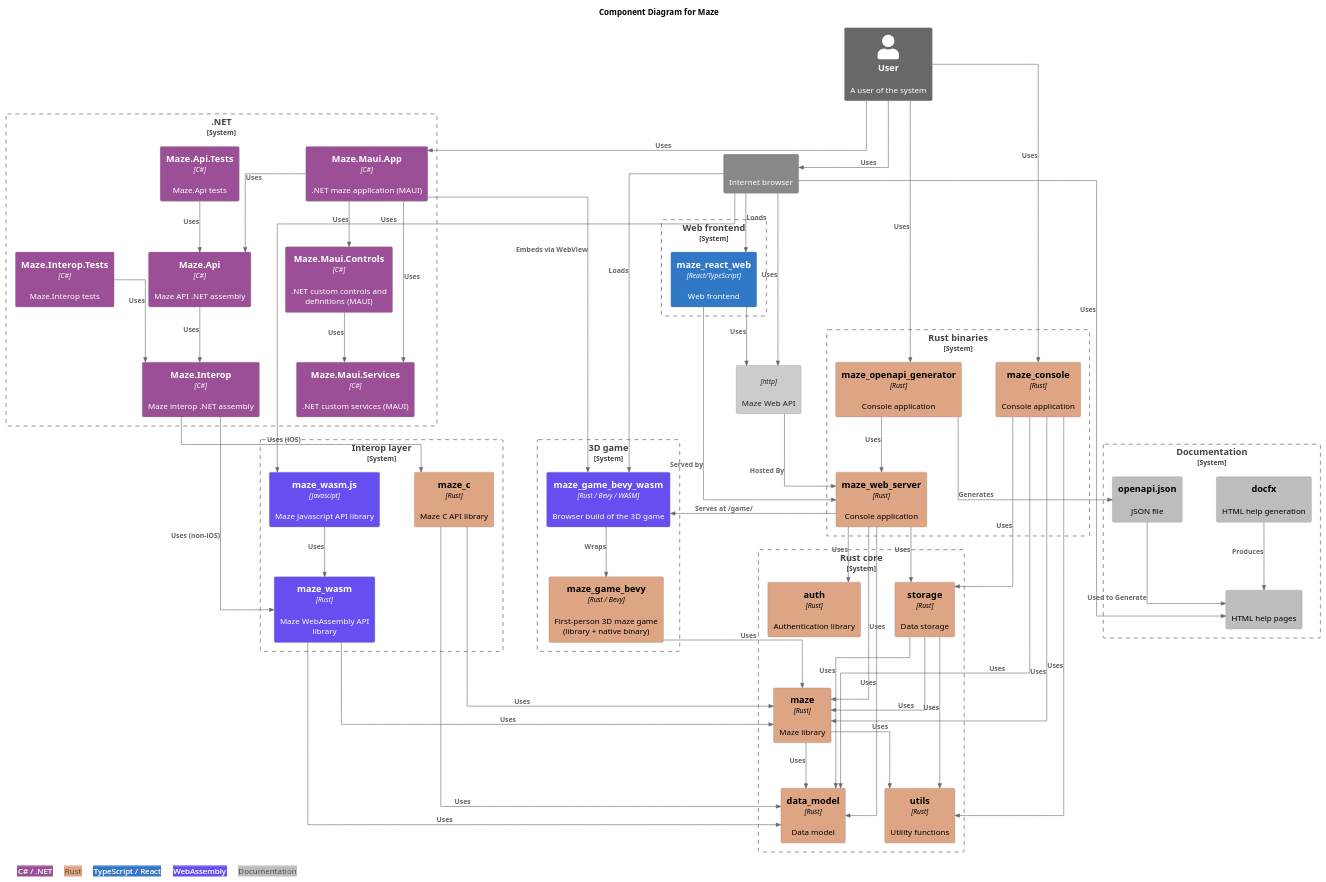
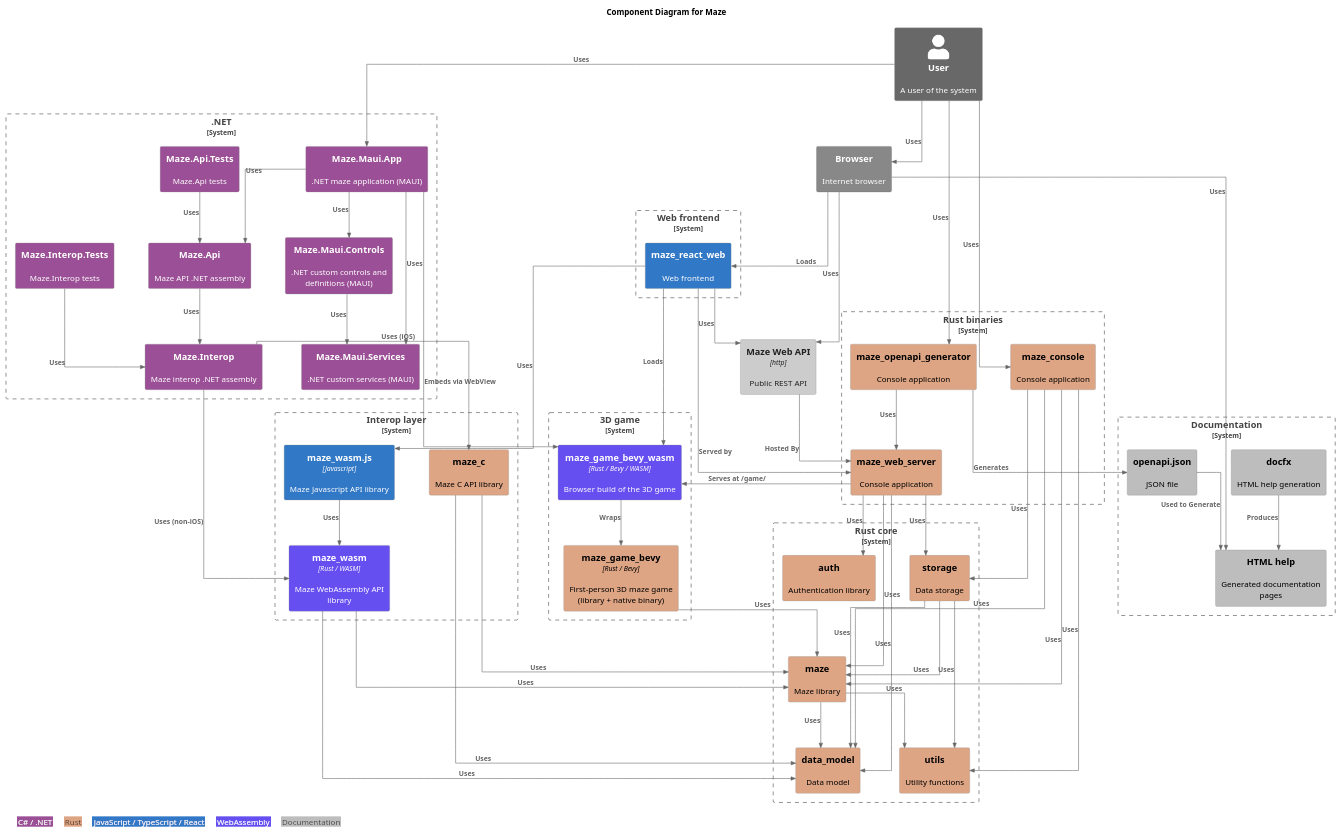
One commit to budgiedownunder/maze changed the diagram in docs/diagrams/components.puml. Above: the diagram before and after it, drawn with PlantUML. The commit also changed 1 other file, not shown here.

Commit message:
docs(diagrams): tidy element labels, broaden ts tag for JavaScript, and re-point WASM load/use links to the React frontend

```diff
--- a/docs/diagrams/components.puml
+++ b/docs/diagrams/components.puml
@@ -2,125 +2,125 @@
 @startuml components
 
 !include https://raw.githubusercontent.com/plantuml-stdlib/C4-PlantUML/master/C4_Container.puml
 
 LAYOUT_TOP_DOWN()
 HIDE_STEREOTYPE()
 skinparam linetype ortho
 skinparam nodesep 60
 skinparam ranksep 80
 
 UpdateElementStyle("container", $bgColor="#cccccc", $fontColor="#222222", $borderColor="#888888")
 UpdateElementStyle("external_container", $bgColor="#888888", $fontColor="#ffffff", $borderColor="#666666")
 
 AddElementTag("rust",   $bgColor="#dea584", $fontColor="#000000", $legendText="Rust")
 AddElementTag("csharp", $bgColor="#9b4f96", $fontColor="#ffffff", $legendText="C# / .NET")
-AddElementTag("ts",     $bgColor="#3178c6", $fontColor="#ffffff", $legendText="TypeScript / React")
+AddElementTag("ts",     $bgColor="#3178c6", $fontColor="#ffffff", $legendText="JavaScript / TypeScript / React")
 AddElementTag("wasm",   $bgColor="#654ff0", $fontColor="#ffffff", $legendText="WebAssembly")
 AddElementTag("doc",    $bgColor="#bdbdbd", $fontColor="#000000", $legendText="Documentation")
 
 title Component Diagram for Maze
 
 Person_Ext(user, "User", "A user of the system")
 
-Container_Ext(browser, "", "", "Internet browser")
+Container_Ext(browser, "Browser", "", "Internet browser")
 
-Container(maze_web_api, "", "http", "Maze Web API")
+Container(maze_web_api, "Maze Web API", "http", "Public REST API")
 
 System_Boundary(b_rust_core, "Rust core") {
-    Container(maze, "maze", "Rust", "Maze library", $tags="rust")
-    Container(data_model, "data_model", "Rust", "Data model", $tags="rust")
-    Container(utils, "utils", "Rust", "Utility functions", $tags="rust")
-    Container(auth, "auth", "Rust", "Authentication library", $tags="rust")
-    Container(storage, "storage", "Rust", "Data storage", $tags="rust")
+    Container(maze, "maze", "", "Maze library", $tags="rust")
+    Container(data_model, "data_model", "", "Data model", $tags="rust")
+    Container(utils, "utils", "", "Utility functions", $tags="rust")
+    Container(auth, "auth", "", "Authentication library", $tags="rust")
+    Container(storage, "storage", "", "Data storage", $tags="rust")
 }
 
 System_Boundary(b_rust_bins, "Rust binaries") {
-    Container(maze_web_server, "maze_web_server", "Rust", "Console application", $tags="rust")
-    Container(maze_console, "maze_console", "Rust", "Console application", $tags="rust")
-    Container(maze_openapi_generator, "maze_openapi_generator", "Rust", "Console application", $tags="rust")
+    Container(maze_web_server, "maze_web_server", "", "Console application", $tags="rust")
+    Container(maze_console, "maze_console", "", "Console application", $tags="rust")
+    Container(maze_openapi_generator, "maze_openapi_generator", "", "Console application", $tags="rust")
 }
 
 System_Boundary(b_interop, "Interop layer") {
-    Container(maze_wasm, "maze_wasm", "Rust", "Maze WebAssembly API library", $tags="wasm")
-    Container(maze_wasm_js, "maze_wasm.js", "Javascipt", "Maze Javascript API library", $tags="wasm")
-    Container(maze_c, "maze_c", "Rust", "Maze C API library", $tags="rust")
+    Container(maze_wasm, "maze_wasm", "Rust / WASM", "Maze WebAssembly API library", $tags="wasm")
+    Container(maze_wasm_js, "maze_wasm.js", "Javascript", "Maze Javascript API library", $tags="ts")
+    Container(maze_c, "maze_c", "", "Maze C API library", $tags="rust")
 }
 
 System_Boundary(b_dotnet, ".NET") {
-    Container(maze_maui_app_net, "Maze.Maui.App", "C#", ".NET maze application (MAUI)", $tags="csharp")
-    Container(maze_maui_controls_net, "Maze.Maui.Controls", "C#", ".NET custom controls and definitions (MAUI)", $tags="csharp")
-    Container(maze_maui_services_net, "Maze.Maui.Services", "C#", ".NET custom services (MAUI)", $tags="csharp")
-    Container(maze_api_net, "Maze.Api", "C#", "Maze API .NET assembly", $tags="csharp")
-    Container(maze_api_net_tests, "Maze.Api.Tests", "C#", "Maze.Api tests", $tags="csharp")
-    Container(maze_interop_net, "Maze.Interop", "C#", "Maze interop .NET assembly", $tags="csharp")
-    Container(maze_interop_net_tests, "Maze.Interop.Tests", "C#", "Maze.Interop tests", $tags="csharp")
+    Container(maze_maui_app_net, "Maze.Maui.App", "", ".NET maze application (MAUI)", $tags="csharp")
+    Container(maze_maui_controls_net, "Maze.Maui.Controls", "", ".NET custom controls and definitions (MAUI)", $tags="csharp")
+    Container(maze_maui_services_net, "Maze.Maui.Services", "", ".NET custom services (MAUI)", $tags="csharp")
+    Container(maze_api_net, "Maze.Api", "", "Maze API .NET assembly", $tags="csharp")
+    Container(maze_api_net_tests, "Maze.Api.Tests", "", "Maze.Api tests", $tags="csharp")
+    Container(maze_interop_net, "Maze.Interop", "", "Maze interop .NET assembly", $tags="csharp")
+    Container(maze_interop_net_tests, "Maze.Interop.Tests", "", "Maze.Interop tests", $tags="csharp")
 }
 
 System_Boundary(b_web, "Web frontend") {
-    Container(maze_react_web, "maze_react_web", "React/TypeScript", "Web frontend", $tags="ts")
+    Container(maze_react_web, "maze_react_web", "", "Web frontend", $tags="ts")
 }
 
 System_Boundary(b_game, "3D game") {
     Container(maze_game_bevy, "maze_game_bevy", "Rust / Bevy", "First-person 3D maze game (library + native binary)", $tags="rust")
     Container(maze_game_bevy_wasm, "maze_game_bevy_wasm", "Rust / Bevy / WASM", "Browser build of the 3D game", $tags="wasm")
 }
 
 System_Boundary(b_docs, "Documentation") {
     Container(docfx, "docfx", "", "HTML help generation", $tags="doc")
-    Container(html_help, "", "", "HTML help pages", $tags="doc")
+    Container(html_help, "HTML help", "", "Generated documentation pages", $tags="doc")
     Container(openapi_json, "openapi.json", "", "JSON file", $tags="doc")
 }
 
 Rel(user, browser, "Uses")
 Rel(browser, html_help, "Uses")
-Rel(browser, maze_wasm_js, "Uses")
+Rel(maze_react_web, maze_wasm_js, "Uses")
 Rel(docfx, html_help, "Produces")
 Rel(user, maze_console, "Uses")
 Rel(maze_console, data_model, "Uses")
 Rel(maze_console, maze, "Uses")
 Rel(maze_console, storage, "Uses")
 Rel(maze_console, utils, "Uses")
 Rel(browser, maze_react_web, "Loads")
 Rel(maze_react_web, maze_web_api, "Uses")
 Rel(maze_react_web, maze_web_server, "Served by")
 Rel(browser, maze_web_api, "Uses")
 Rel(maze_web_api, maze_web_server, "Hosted By")
 Rel(maze_web_server, auth, "Uses")
 Rel(maze_web_server, data_model, "Uses")
 Rel(maze_web_server, maze, "Uses")
 Rel(maze_web_server, storage, "Uses")
 Rel(user, maze_openapi_generator, "Uses")
 Rel(maze_openapi_generator, maze_web_server, "Uses")
 Rel(maze_openapi_generator, openapi_json, "Generates")
 Rel(openapi_json, html_help, "Used to Generate")
 Rel(user, maze_maui_app_net, "Uses")
 Rel(maze_maui_app_net, maze_maui_controls_net, "Uses")
 Rel(maze_maui_app_net, maze_maui_services_net, "Uses")
 Rel(maze_maui_app_net, maze_api_net, "Uses")
 Rel(maze_maui_controls_net, maze_maui_services_net, "Uses")
 Rel(maze_api_net_tests, maze_api_net, "Uses")
 Rel(maze_api_net, maze_interop_net, "Uses")
 Rel(maze_interop_net_tests, maze_interop_net, "Uses")
 Rel(maze_interop_net, maze_wasm, "Uses (non-iOS)")
 Rel(maze_interop_net, maze_c, "Uses (iOS)")
 Rel(maze_wasm_js, maze_wasm, "Uses")
 Rel(maze_wasm, data_model, "Uses")
 Rel(maze_wasm, maze, "Uses")
 Rel(maze_c, data_model, "Uses")
 Rel(maze_c, maze, "Uses")
 Rel(storage, data_model, "Uses")
 Rel(storage, maze, "Uses")
 Rel(storage, utils, "Uses")
 Rel(maze, data_model, "Uses")
 Rel(maze, utils, "Uses")
 Rel(maze_game_bevy, maze, "Uses")
 Rel(maze_game_bevy_wasm, maze_game_bevy, "Wraps")
 Rel(maze_web_server, maze_game_bevy_wasm, "Serves at /game/")
-Rel(browser, maze_game_bevy_wasm, "Loads")
+Rel(maze_react_web, maze_game_bevy_wasm, "Loads")
 Rel(maze_maui_app_net, maze_game_bevy_wasm, "Embeds via WebView")
 
 legend bottom left
-| <back:#9b4f96><color:#ffffff>  C# / .NET  </color></back> | <back:#dea584><color:#000000>  Rust  </color></back> | <back:#3178c6><color:#ffffff>  TypeScript / React  </color></back> | <back:#654ff0><color:#ffffff>  WebAssembly  </color></back> | <back:#bdbdbd><color:#000000>  Documentation  </color></back> |
+| <back:#9b4f96><color:#ffffff>  C# / .NET  </color></back> | <back:#dea584><color:#000000>  Rust  </color></back> | <back:#3178c6><color:#ffffff>  JavaScript / TypeScript / React  </color></back> | <back:#654ff0><color:#ffffff>  WebAssembly  </color></back> | <back:#bdbdbd><color:#000000>  Documentation  </color></back> |
 endlegend
 
 @enduml
```
